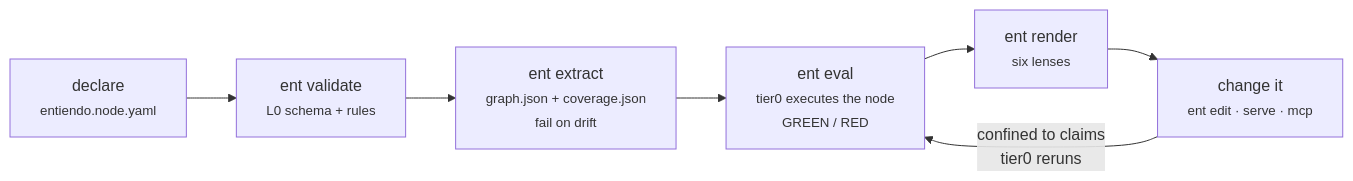
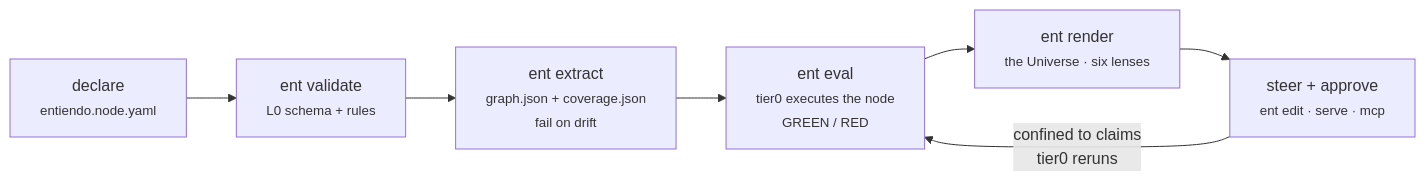
The second of 3 diagrams in README.md (akashcheema05796-del/Entiendo), drawn with Mermaid before and after one commit. The commit also changed other lines of this file and 6 other files, not shown here.

````diff
--- a/README.md
+++ b/README.md
@@ -250,9 +294,9 @@
 ```mermaid
 flowchart LR
   D["declare<br/><small>entiendo.node.yaml</small>"] --> V["ent validate<br/><small>L0 schema + rules</small>"]
   V --> X["ent extract<br/><small>graph.json + coverage.json<br/>fail on drift</small>"]
   X --> E["ent eval<br/><small>tier0 executes the node<br/>GREEN / RED</small>"]
-  E --> R["ent render<br/><small>six lenses</small>"]
-  R --> C["change it<br/><small>ent edit · serve · mcp</small>"]
+  E --> R["ent render<br/><small>the Universe · six lenses</small>"]
+  R --> C["steer + approve<br/><small>ent edit · serve · mcp</small>"]
   C -->|"confined to claims<br/>tier0 reruns"| E
 ```
````
